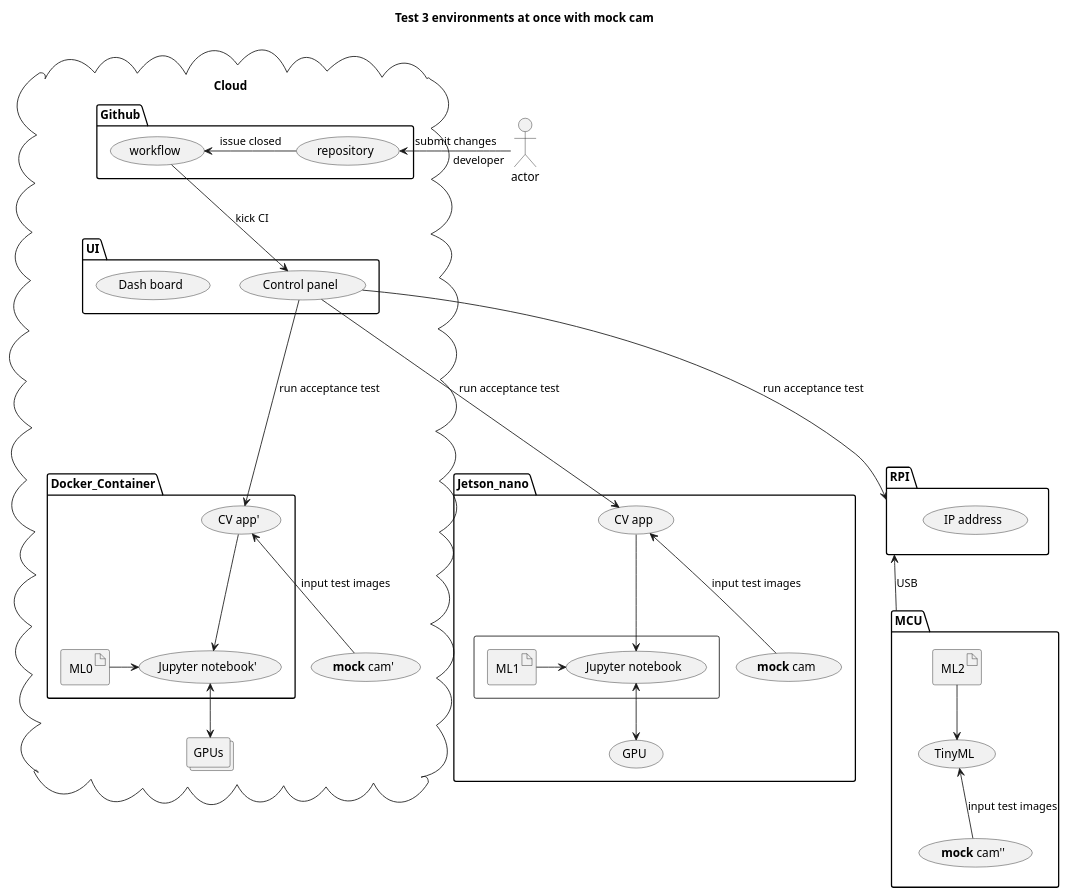
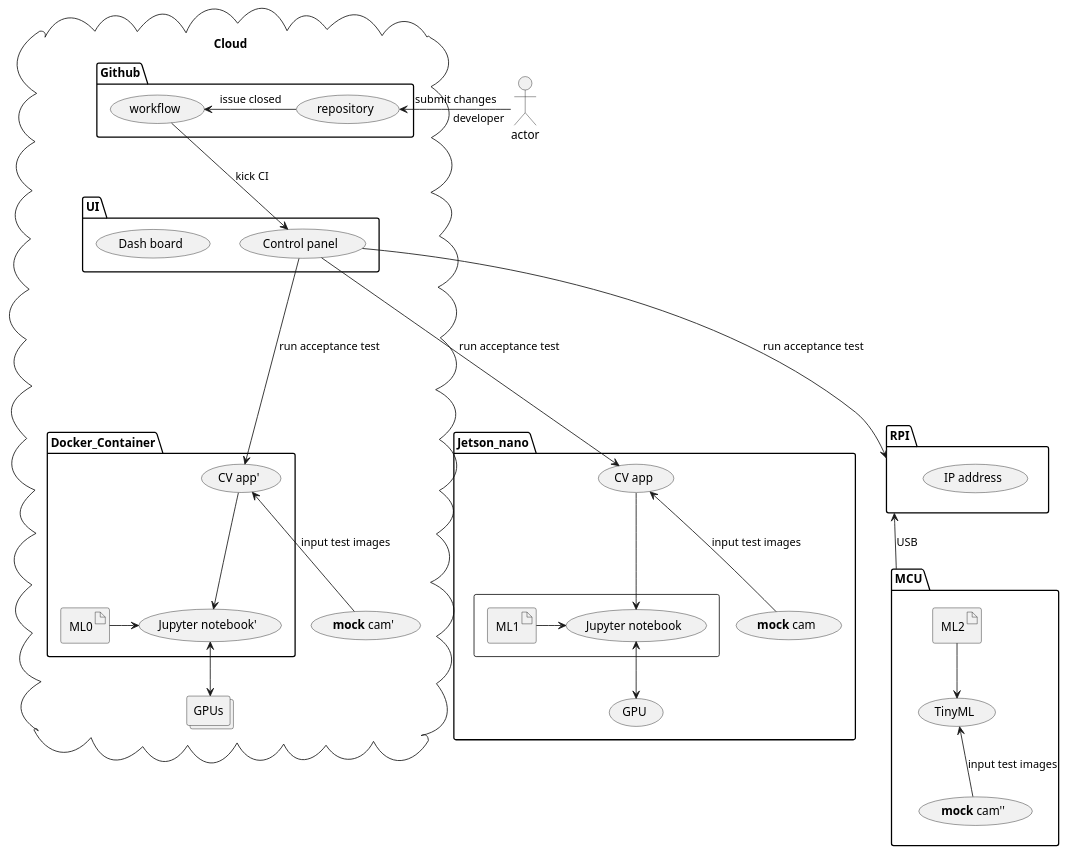
The diagram in tdd.puml (Origami-Cloudless-AI/software-engineering-project), drawn with PlantUML before and after one commit. The commit also changed 14 other files, not shown here.

```diff
--- a/tdd.puml
+++ b/tdd.puml
@@ -1,58 +1,58 @@
 @startuml
 
-title "Test 3 environments at once with mock cam"
+'title "Test 3 environments at once with mock cam"
 
 cloud Cloud {
 	package Github {
 		(workflow) <- (repository) : issue closed
 	}
 
 	package UI {
 		(workflow) -down-> (Control panel) : kick CI
 		(Dash board)
 	}
 	package Docker_Container {
 		  artifact "ML0"
 		  (Jupyter notebook')
 		  (CV app')
 	}
 	collections "GPUs"
 "ML0" -right-> (Jupyter notebook')
 (CV app') -down-> (Jupyter notebook')
 (Jupyter notebook') <-down-> GPUs
 (CV app') <-down- (**mock** cam') : input test images
 }
 
 actor "developer" --left--> (repository) : submit changes
 
 package Jetson_nano {
 	rectangle {
 		  artifact "ML1"
 		  (Jupyter notebook)
 		  (CV app')
 	}
 
 "ML1" -right-> (Jupyter notebook)
 (CV app) -down-> (Jupyter notebook)
 (Jupyter notebook) <-down-> (GPU)
 (CV app) <-down- (**mock** cam) : input test images
 }
 
 (Control panel) --down--> (CV app) : run acceptance test
 (Control panel) --down--> (CV app') : run acceptance test
 (Control panel) --down--> RPI : run acceptance test
 
 package RPI {
 	(IP address)
 }
 
 package MCU {
         artifact "ML2"
 	ML2 -down-> (TinyML)
 	(TinyML) <-down- (**mock** cam'') : input test images 
 }
 
 RPI <-down- MCU : USB
 
 
 @enduml
```
